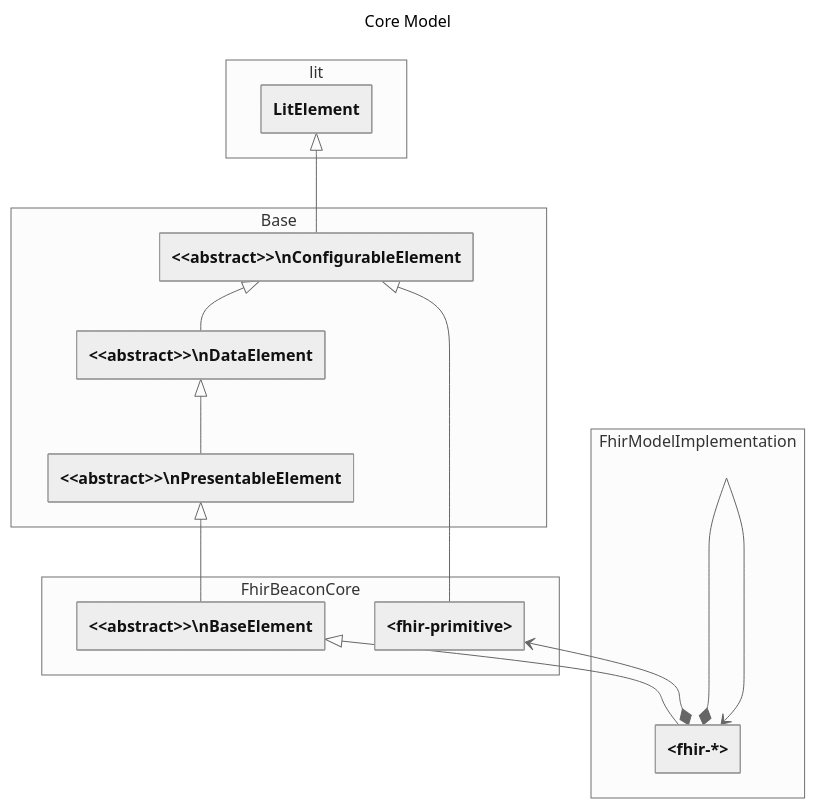
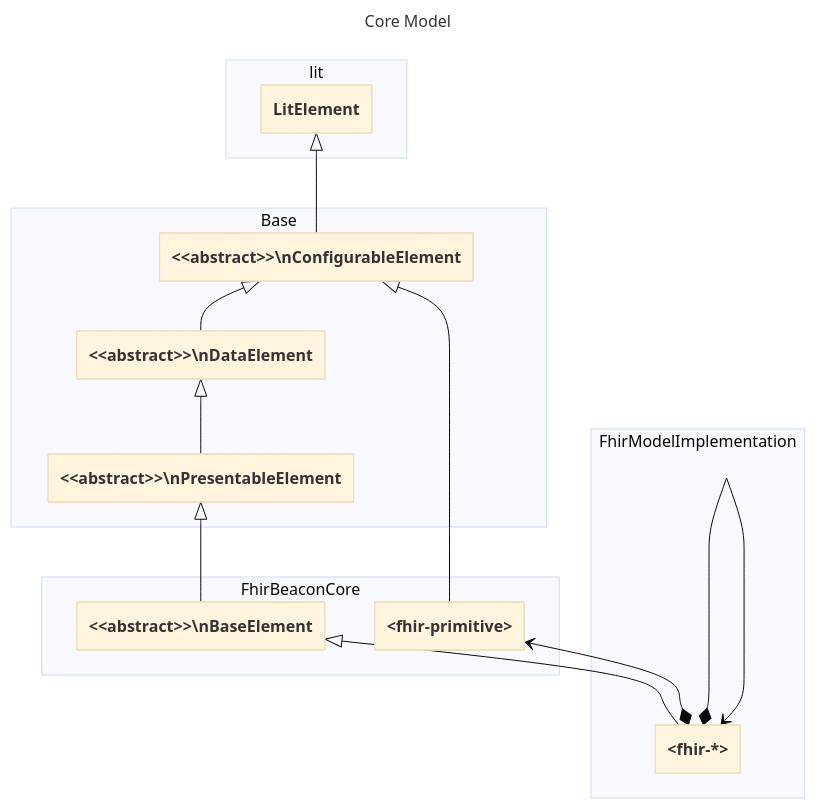
Before and after one commit to zenwork/fhir-beacon: the first of 5 diagrams in packages/library/docs/model.md, drawn with Mermaid. The commit also changed 126 other files, not shown here.

````diff
--- a/packages/library/docs/model.md
+++ b/packages/library/docs/model.md
@@ -7,43 +7,45 @@
 ```mermaid
 ---
 title: Core Model
 config:
-  theme: neutral
+  theme: base
+  themeVariables:
+    primaryTextColor: #fff
   class:
     hideEmptyMembersBox: true
 ---
 classDiagram
     direction BT
 
     namespace lit {
         class LitElement:::dep
     }
 
     namespace Base {
         class ConfigurableElement["&lt;&lt;abstract&gt;&gt;\nConfigurableElement"]:::base
         class DataElement["&lt;&lt;abstract&gt;&gt;\nDataElement"]:::base
         class PresentableElement["&lt;&lt;abstract&gt;&gt;\nPresentableElement"]:::base
     }
 
     namespace FhirBeaconCore {
         class BaseElement["&lt;&lt;abstract&gt;&gt;\nBaseElement"]:::base
 
         class Primitive["&lt;fhir-primitive&gt;"]:::prim
     }
 
     namespace FhirModelImplementation {
         class FhirModelImpl["&lt;fhir-*&gt;"]:::base
     }
 
     ConfigurableElement --|> LitElement
     DataElement --|> ConfigurableElement
     PresentableElement --|> DataElement
     BaseElement --|> PresentableElement
     Primitive --|> ConfigurableElement
     FhirModelImpl --|> BaseElement
     FhirModelImpl *--> FhirModelImpl
     FhirModelImpl *--> Primitive
 
 
 
 ```
````
